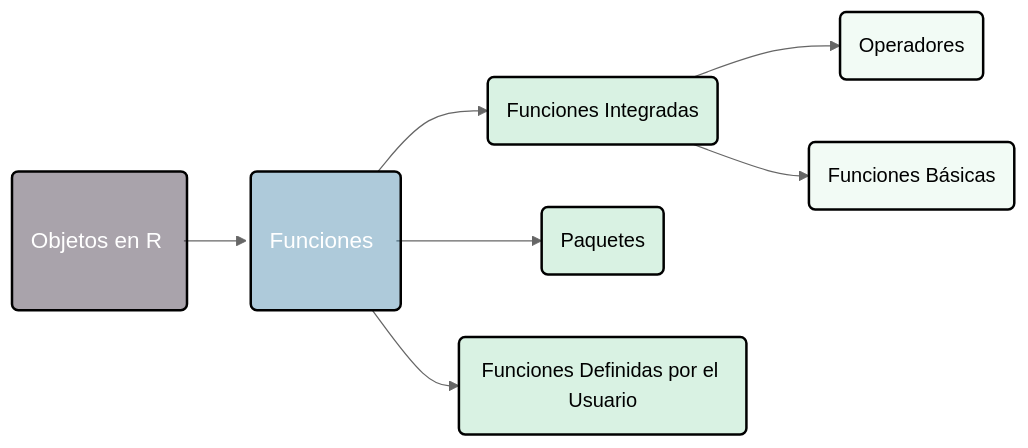
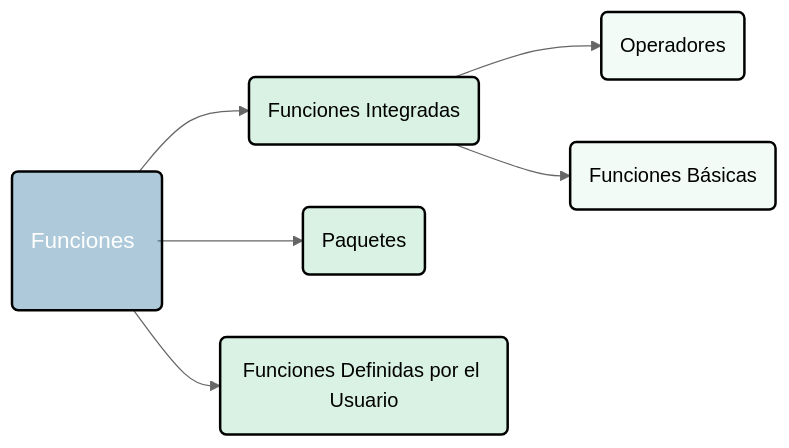
Before and after one commit to maRce10/aprendizaje_estadistico_2024: the third of 3 diagrams in fundamentos_de_r.qmd, drawn with Mermaid (neutral theme). The commit also changed other lines of this file and 388 other files, not shown here.

````diff
--- a/fundamentos_de_r.qmd
+++ b/fundamentos_de_r.qmd
@@ -437,24 +437,22 @@
 ```{mermaid}
 
 flowchart LR
     classDef largeText font-size:18px, padding:15px;
 
-    R(Objetos en R) --> F(Funciones)
-    F --> BF(Funciones Integradas)
+    F(Funciones) --> BF(Funciones Integradas)
     BF --> OP(Operadores)
     BF --> BA(Funciones Básicas)
     F --> PF(Paquetes)
     F --> UF(Funciones Definidas por el Usuario)
 
     class R,D,D1,D2,F largeText;
 
-    style R fill:#28192F66, stroke:#000, stroke-width:2px, color:#FFF, width:140px
     style F fill:#357BA266, stroke:#000, stroke-width:2px, color:#FFF, width:120px
     style BF fill:#A0DFB966, stroke:#000, stroke-width:2px, color:#000
     style BA fill:#DEF5E566, stroke:#000, stroke-width:2px, color:#000
     style OP fill:#DEF5E566, stroke:#000, stroke-width:2px, color:#000    
     style PF fill:#A0DFB966, stroke:#000, stroke-width:2px, color:#000000
     style UF fill:#A0DFB966, stroke:#000, stroke-width:2px, color:#000
 
 
 ```
````
